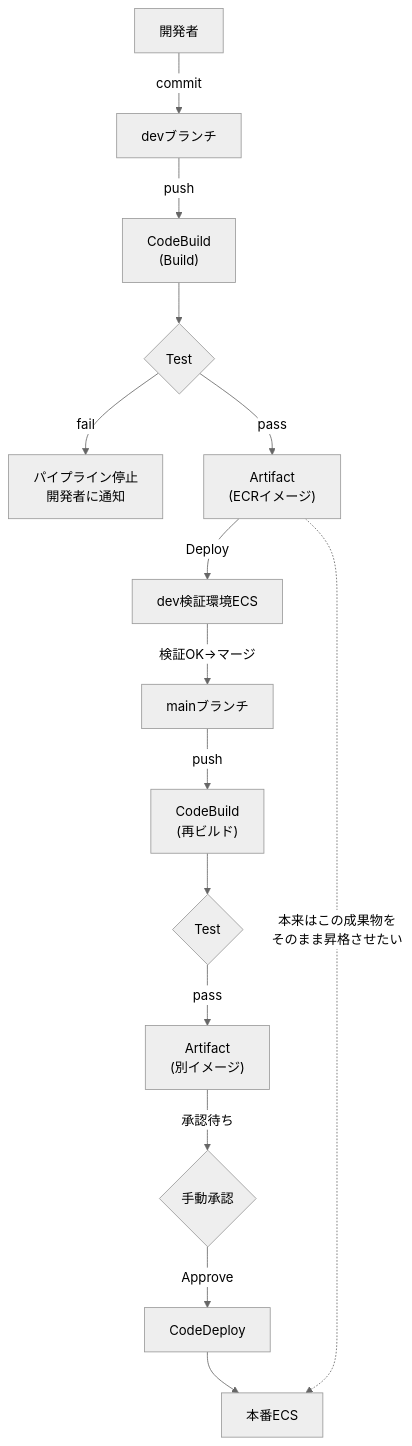
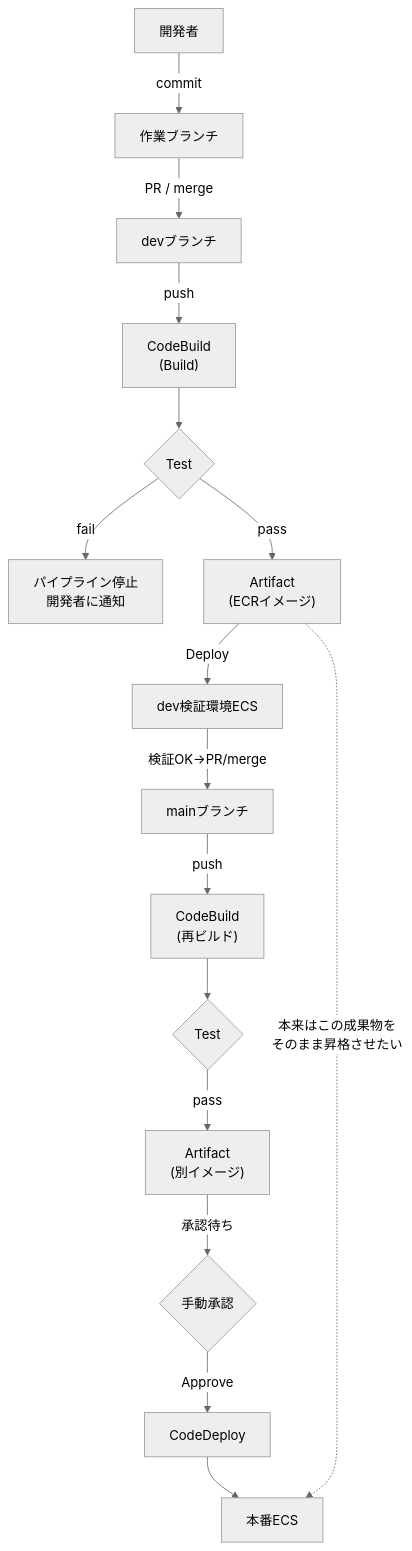
The diagram in 01_it-fundamentals/09_iac_devops/02_ci_cd_pipeline.md (r-kurosu/technology-knowledgebase), drawn with Mermaid (neutral theme) before and after one commit. The commit also changed other lines of this file, not shown here.

Commit message:
Auto-commit: 01_it-fundamentals/09_iac_devops/02_ci_cd_pipeline.md (2026-07-26 09:55)
01_it-fundamentals/09_iac_devops/02_ci_cd_pipeline.md

````diff
--- a/01_it-fundamentals/09_iac_devops/02_ci_cd_pipeline.md
+++ b/01_it-fundamentals/09_iac_devops/02_ci_cd_pipeline.md
@@ -103,17 +103,18 @@
 ```mermaid
 graph TD
-    Dev["開発者"] -->|"commit"| Branch["devブランチ"]
+    Dev["開発者"] -->|"commit"| Work["作業ブランチ"]
+    Work -->|"PR / merge"| Branch["devブランチ"]
     Branch -->|"push"| Build1["CodeBuild<br/>(Build)"]
     Build1 --> Test1{"Test"}
     Test1 -->|"fail"| Fail1["パイプライン停止<br/>開発者に通知"]
     Test1 -->|"pass"| Artifact1["Artifact<br/>(ECRイメージ)"]
     Artifact1 -->|"Deploy"| DevEnv["dev検証環境ECS"]
-    DevEnv -->|"検証OK→マージ"| Merge["mainブランチ"]
+    DevEnv -->|"検証OK→PR/merge"| Merge["mainブランチ"]
     Merge -->|"push"| Build2["CodeBuild<br/>(再ビルド)"]
     Build2 --> Test2{"Test"}
     Test2 -->|"pass"| Artifact2["Artifact<br/>(別イメージ)"]
     Artifact2 -->|"承認待ち"| Approve{"手動承認"}
     Approve -->|"Approve"| Deploy["CodeDeploy"]
     Deploy --> Prod["本番ECS"]
     Artifact1 -.->|"本来はこの成果物を<br/>そのまま昇格させたい"| Prod
 ```
````
